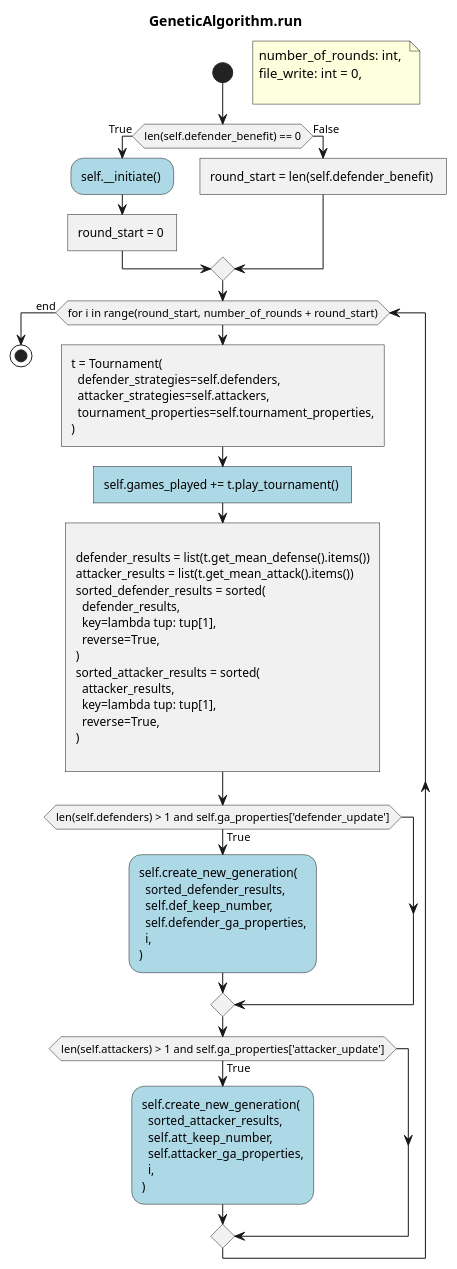
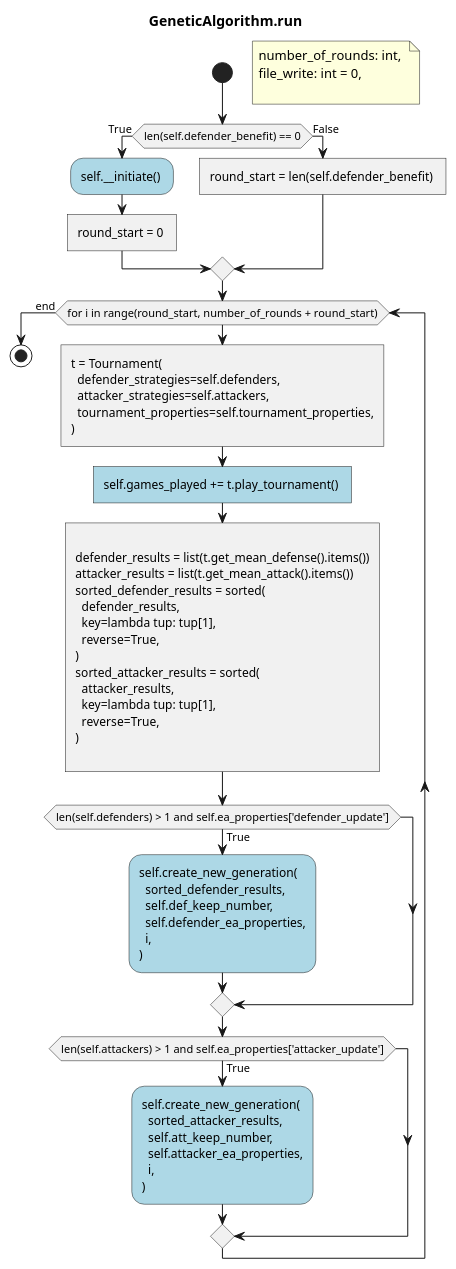
The fifth of 7 diagrams in DOCS/activity-diagram_genetic-algorithm.puml (ruipimentel/FlipThem-Simulation), drawn with PlantUML before and after one commit. The commit also changed other lines of this file and 1 other file, not shown here.

```diff
--- a/DOCS/activity-diagram_genetic-algorithm.puml
+++ b/DOCS/activity-diagram_genetic-algorithm.puml
@@ -149,65 +149,65 @@
 @startuml "run"
 !pragma useVerticalIf on
 
 title GeneticAlgorithm.run
 
 start
 floating note right: \
 number_of_rounds: int, \n\
 file_write: int = 0, \n\
 
 if (len(self.defender_benefit) == 0) then (True)
   #lightblue:self.__initiate() ;
   :round_start = 0 ]
 else (False)
   :round_start = len(self.defender_benefit) ]
 endif
 
 while (for i in range(round_start, number_of_rounds + round_start))
 
   :t = Tournament(
     defender_strategies=self.defenders,
     attacker_strategies=self.attackers,
     tournament_properties=self.tournament_properties,
   ) ]
 
   #lightblue:self.games_played += t.play_tournament() ]
 
   :
   defender_results = list(t.get_mean_defense().items())
   attacker_results = list(t.get_mean_attack().items())
   sorted_defender_results = sorted(
     defender_results,
     key=lambda tup: tup[1],
     reverse=True,
   )
   sorted_attacker_results = sorted(
     attacker_results,
     key=lambda tup: tup[1],
     reverse=True,
   )
   ]
 
-  if (len(self.defenders) > 1 and self.ga_properties['defender_update']) then (True)
+  if (len(self.defenders) > 1 and self.ea_properties['defender_update']) then (True)
     #lightblue:self.create_new_generation(
       sorted_defender_results,
       self.def_keep_number,
-      self.defender_ga_properties,
+      self.defender_ea_properties,
       i,
     );
   endif
 
-  if (len(self.attackers) > 1 and self.ga_properties['attacker_update']) then (True)
+  if (len(self.attackers) > 1 and self.ea_properties['attacker_update']) then (True)
     #lightblue:self.create_new_generation(
       sorted_attacker_results,
       self.att_keep_number,
-      self.attacker_ga_properties,
+      self.attacker_ea_properties,
       i,
     );
   endif
 
 endwhile (end)
 
 stop
 
 @enduml
```
